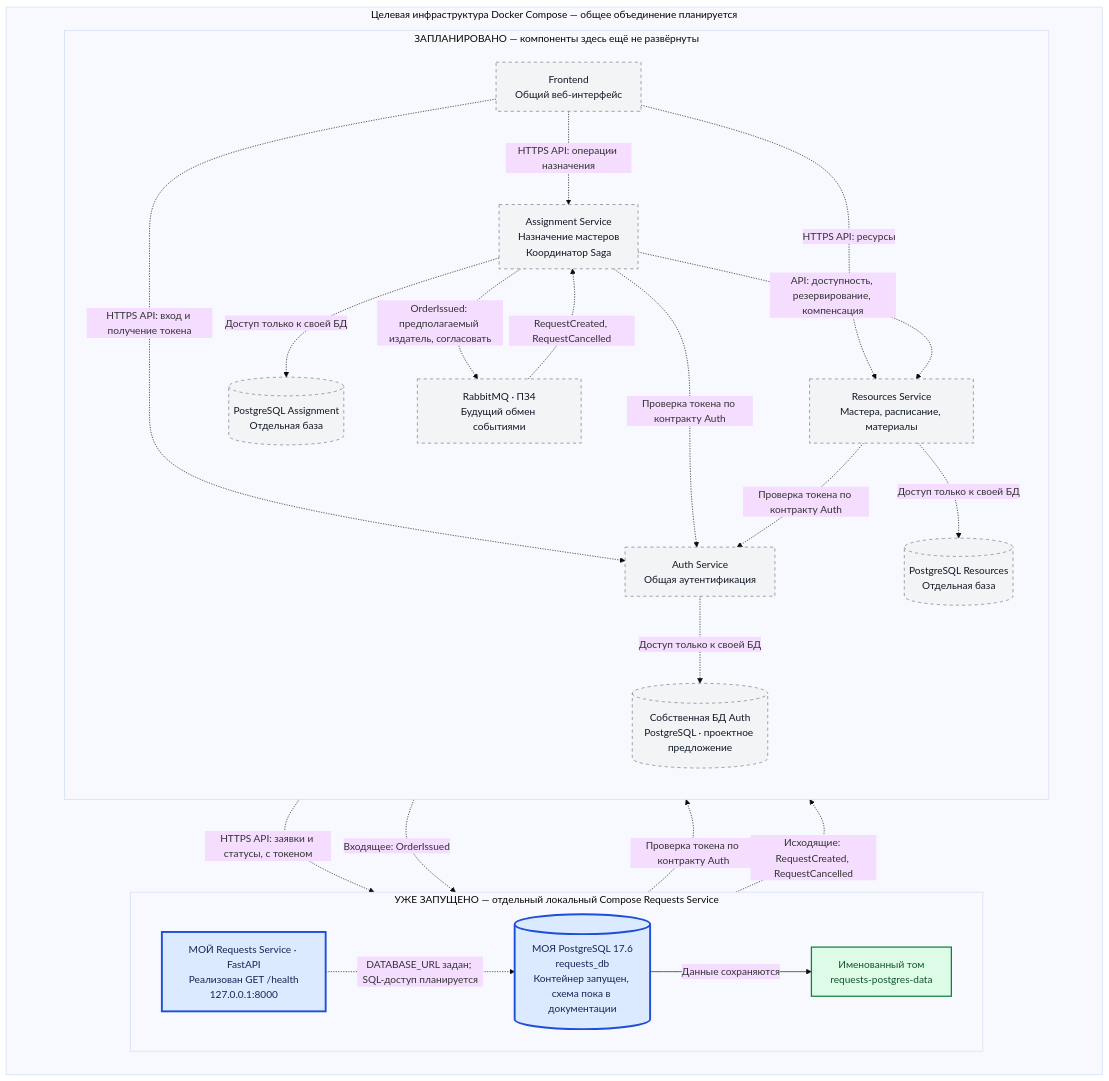
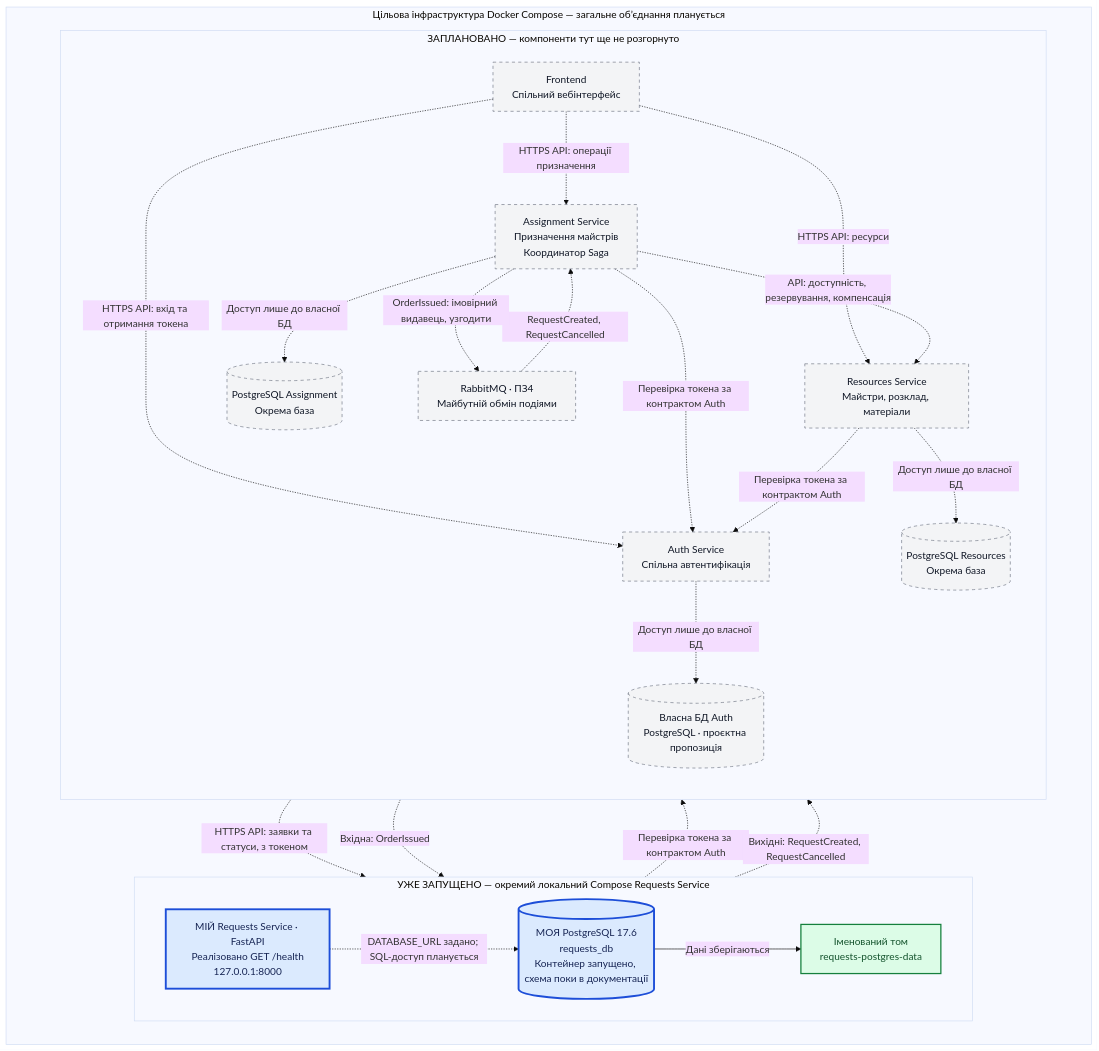
The diagram in docs/architecture.md (AndriiKaraiuz/repairflow-requests-service), drawn with Mermaid (base theme) before and after one commit. The commit also changed other lines of this file and 2 other files, not shown here.

````diff
--- a/docs/architecture.md
+++ b/docs/architecture.md
@@ -18,49 +18,49 @@
 ```mermaid
 flowchart TB
-    subgraph TARGET["Целевая инфраструктура Docker Compose — общее объединение планируется"]
+    subgraph TARGET["Цільова інфраструктура Docker Compose — загальне об’єднання планується"]
         direction TB
 
-        subgraph LOCAL["УЖЕ ЗАПУЩЕНО — отдельный локальный Compose Requests Service"]
+        subgraph LOCAL["УЖЕ ЗАПУЩЕНО — окремий локальний Compose Requests Service"]
             direction LR
-            REQ["МОЙ Requests Service · FastAPI<br/>Реализован GET /health<br/>127.0.0.1:8000"]
-            REQDB[("МОЯ PostgreSQL 17.6<br/>requests_db<br/>Контейнер запущен, схема пока в документации")]
-            REQ -.->|"DATABASE_URL задан; SQL-доступ планируется"| REQDB
-            REQDB -->|"Данные сохраняются"| VOL["Именованный том<br/>requests-postgres-data"]
+            REQ["МІЙ Requests Service · FastAPI<br/>Реалізовано GET /health<br/>127.0.0.1:8000"]
+            REQDB[("МОЯ PostgreSQL 17.6<br/>requests_db<br/>Контейнер запущено, схема поки в документації")]
+            REQ -.->|"DATABASE_URL задано; SQL-доступ планується"| REQDB
+            REQDB -->|"Дані зберігаються"| VOL["Іменований том<br/>requests-postgres-data"]
         end
 
-        subgraph PLAN["ЗАПЛАНИРОВАНО — компоненты здесь ещё не развёрнуты"]
+        subgraph PLAN["ЗАПЛАНОВАНО — компоненти тут ще не розгорнуто"]
             direction TB
-            FE["Frontend<br/>Общий веб-интерфейс"]
-            AUTH["Auth Service<br/>Общая аутентификация"]
-            AUTHDB[("Собственная БД Auth<br/>PostgreSQL · проектное предложение")]
-            ASSIGN["Assignment Service<br/>Назначение мастеров<br/>Координатор Saga"]
-            ASSIGNDB[("PostgreSQL Assignment<br/>Отдельная база")]
-            RES["Resources Service<br/>Мастера, расписание, материалы"]
-            RESDB[("PostgreSQL Resources<br/>Отдельная база")]
-            MQ["RabbitMQ · ПЗ4<br/>Будущий обмен событиями"]
+            FE["Frontend<br/>Спільний вебінтерфейс"]
+            AUTH["Auth Service<br/>Спільна автентифікація"]
+            AUTHDB[("Власна БД Auth<br/>PostgreSQL · проєктна пропозиція")]
+            ASSIGN["Assignment Service<br/>Призначення майстрів<br/>Координатор Saga"]
+            ASSIGNDB[("PostgreSQL Assignment<br/>Окрема база")]
+            RES["Resources Service<br/>Майстри, розклад, матеріали"]
+            RESDB[("PostgreSQL Resources<br/>Окрема база")]
+            MQ["RabbitMQ · ПЗ4<br/>Майбутній обмін подіями"]
         end
 
-        FE -.->|"HTTPS API: вход и получение токена"| AUTH
-        FE -.->|"HTTPS API: заявки и статусы, с токеном"| REQ
-        FE -.->|"HTTPS API: операции назначения"| ASSIGN
-        FE -.->|"HTTPS API: ресурсы"| RES
-        REQ -.->|"Проверка токена по контракту Auth"| AUTH
-        ASSIGN -.->|"Проверка токена по контракту Auth"| AUTH
-        RES -.->|"Проверка токена по контракту Auth"| AUTH
-        AUTH -.->|"Доступ только к своей БД"| AUTHDB
-        ASSIGN -.->|"Доступ только к своей БД"| ASSIGNDB
-        RES -.->|"Доступ только к своей БД"| RESDB
-        ASSIGN -.->|"API: доступность, резервирование, компенсация"| RES
-        REQ -.->|"Исходящие: RequestCreated, RequestCancelled"| MQ
+        FE -.->|"HTTPS API: вхід та отримання токена"| AUTH
+        FE -.->|"HTTPS API: заявки та статуси, з токеном"| REQ
+        FE -.->|"HTTPS API: операції призначення"| ASSIGN
+        FE -.->|"HTTPS API: ресурси"| RES
+        REQ -.->|"Перевірка токена за контрактом Auth"| AUTH
+        ASSIGN -.->|"Перевірка токена за контрактом Auth"| AUTH
+        RES -.->|"Перевірка токена за контрактом Auth"| AUTH
+        AUTH -.->|"Доступ лише до власної БД"| AUTHDB
+        ASSIGN -.->|"Доступ лише до власної БД"| ASSIGNDB
+        RES -.->|"Доступ лише до власної БД"| RESDB
+        ASSIGN -.->|"API: доступність, резервування, компенсація"| RES
+        REQ -.->|"Вихідні: RequestCreated, RequestCancelled"| MQ
         MQ -.->|"RequestCreated, RequestCancelled"| ASSIGN
-        ASSIGN -.->|"OrderIssued: предполагаемый издатель, согласовать"| MQ
-        MQ -.->|"Входящее: OrderIssued"| REQ
+        ASSIGN -.->|"OrderIssued: імовірний видавець, узгодити"| MQ
+        MQ -.->|"Вхідна: OrderIssued"| REQ
     end
 
     classDef mine fill:#dbeafe,stroke:#1d4ed8,stroke-width:3px,color:#172554;
     classDef running fill:#dcfce7,stroke:#15803d,stroke-width:2px,color:#14532d;
     classDef planned fill:#f3f4f6,stroke:#6b7280,stroke-width:1px,stroke-dasharray:5 5,color:#111827;
     class REQ,REQDB mine;
     class VOL running;
     class FE,AUTH,AUTHDB,ASSIGN,ASSIGNDB,RES,RESDB,MQ planned;
 ```
````
